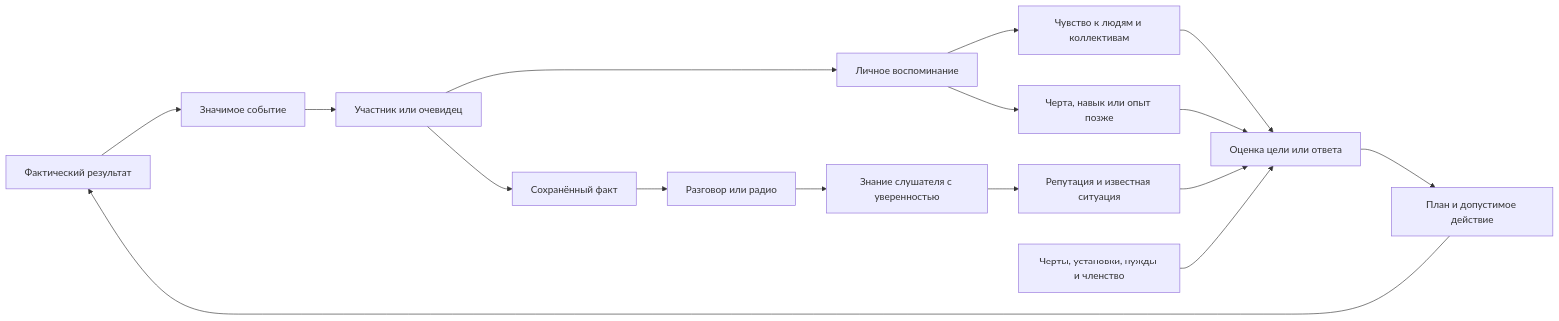
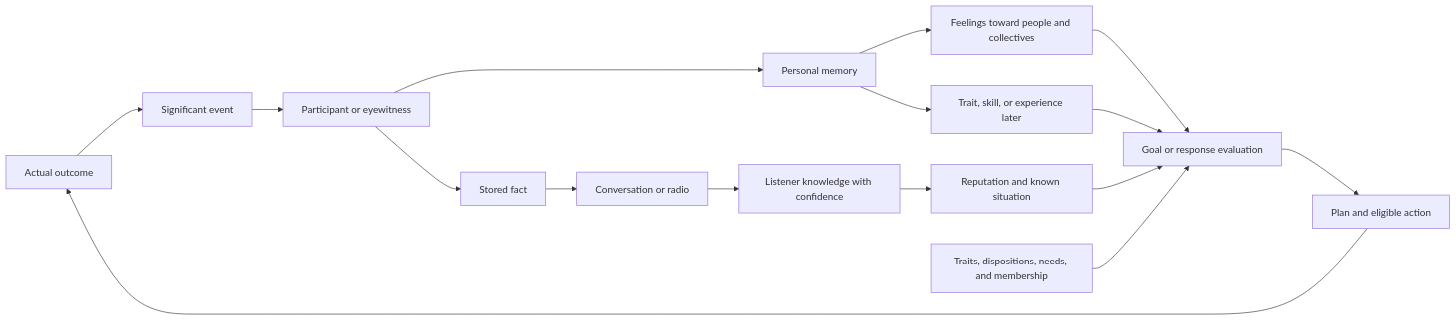
The diagram in docs/npc-social-systems.md (Qew7/Rogue-Survivor-Expanded), drawn with Mermaid before and after one commit. The commit also changed other lines of this file and 51 other files, not shown here.

````diff
--- a/docs/npc-social-systems.md
+++ b/docs/npc-social-systems.md
@@ -387,18 +144,18 @@
 ```mermaid
 flowchart LR
-    A[Фактический результат] --> B[Значимое событие]
-    B --> C[Участник или очевидец]
-    C --> D[Личное воспоминание]
-    D --> E[Чувство к людям и коллективам]
-    D --> F[Черта, навык или опыт позже]
-    C --> G[Сохранённый факт]
-    G --> H[Разговор или радио]
-    H --> I[Знание слушателя с уверенностью]
-    I --> J[Репутация и известная ситуация]
-    E --> K[Оценка цели или ответа]
+    A[Actual outcome] --> B[Significant event]
+    B --> C[Participant or eyewitness]
+    C --> D[Personal memory]
+    D --> E[Feelings toward people and collectives]
+    D --> F[Trait, skill, or experience later]
+    C --> G[Stored fact]
+    G --> H[Conversation or radio]
+    H --> I[Listener knowledge with confidence]
+    I --> J[Reputation and known situation]
+    E --> K[Goal or response evaluation]
     F --> K
     J --> K
-    L[Черты, установки, нужды и членство] --> K
-    K --> M[План и допустимое действие]
+    L[Traits, dispositions, needs, and membership] --> K
+    K --> M[Plan and eligible action]
     M --> A
 ```
````
